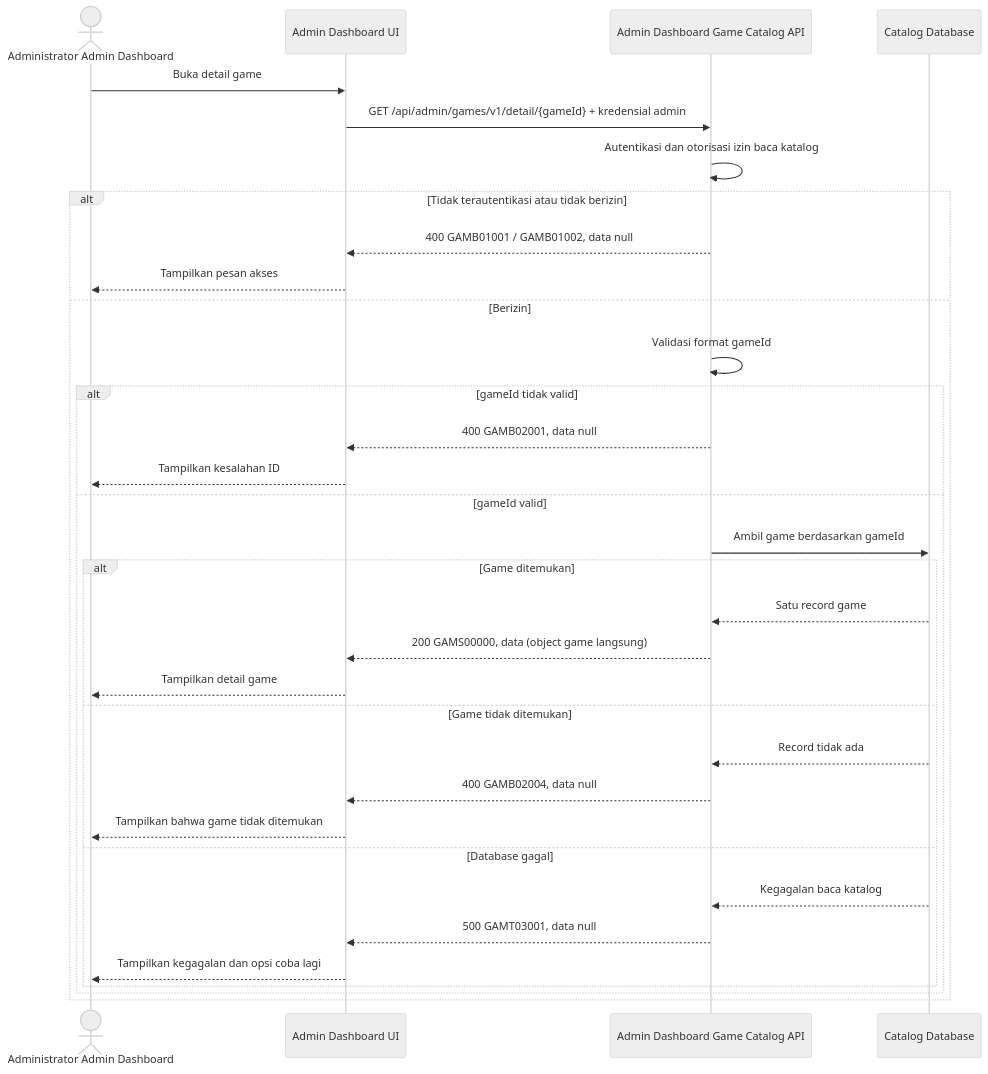
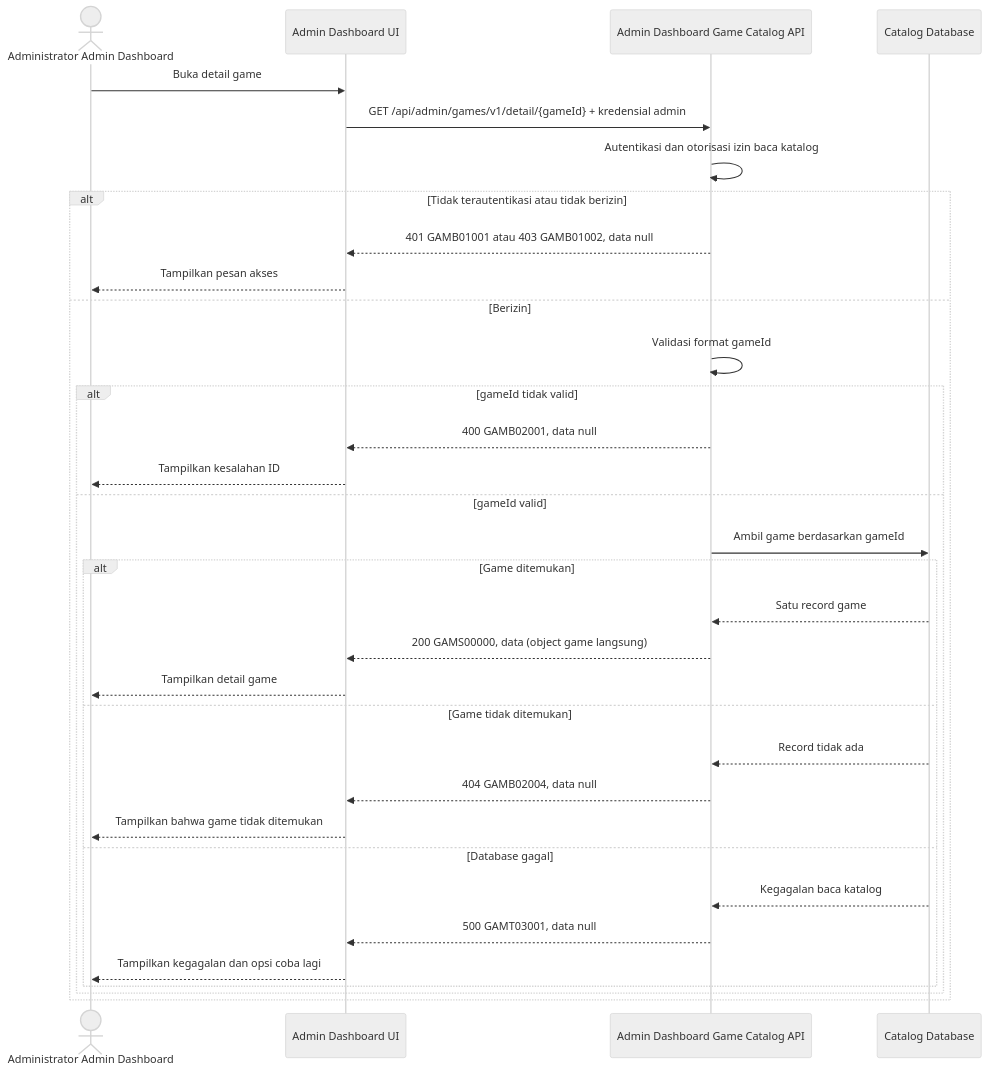
The diagram in sprint-1/solutioning/dashboard/games/get-detail-game.md (fatihmuhamadridho/docs-game-service-platform), drawn with Mermaid (neutral theme) before and after one commit. The commit also changed other lines of this file and 32 other files, not shown here.

````diff
--- a/sprint-1/solutioning/dashboard/games/get-detail-game.md
+++ b/sprint-1/solutioning/dashboard/games/get-detail-game.md
@@ -14,35 +14,35 @@
 ```mermaid
 sequenceDiagram
     actor Admin as Administrator Admin Dashboard
     participant UI as Admin Dashboard UI
     participant API as Admin Dashboard Game Catalog API
     participant DB as Catalog Database
     Admin->>UI: Buka detail game
     UI->>API: GET /api/admin/games/v1/detail/{gameId} + kredensial admin
     API->>API: Autentikasi dan otorisasi izin baca katalog
     alt Tidak terautentikasi atau tidak berizin
-        API-->>UI: 400 GAMB01001 / GAMB01002, data null
+        API-->>UI: 401 GAMB01001 atau 403 GAMB01002, data null
         UI-->>Admin: Tampilkan pesan akses
     else Berizin
         API->>API: Validasi format gameId
         alt gameId tidak valid
             API-->>UI: 400 GAMB02001, data null
             UI-->>Admin: Tampilkan kesalahan ID
         else gameId valid
             API->>DB: Ambil game berdasarkan gameId
             alt Game ditemukan
                 DB-->>API: Satu record game
                 API-->>UI: 200 GAMS00000, data (object game langsung)
                 UI-->>Admin: Tampilkan detail game
             else Game tidak ditemukan
                 DB-->>API: Record tidak ada
-                API-->>UI: 400 GAMB02004, data null
+                API-->>UI: 404 GAMB02004, data null
                 UI-->>Admin: Tampilkan bahwa game tidak ditemukan
             else Database gagal
                 DB-->>API: Kegagalan baca katalog
                 API-->>UI: 500 GAMT03001, data null
                 UI-->>Admin: Tampilkan kegagalan dan opsi coba lagi
             end
         end
     end
 ```
````
